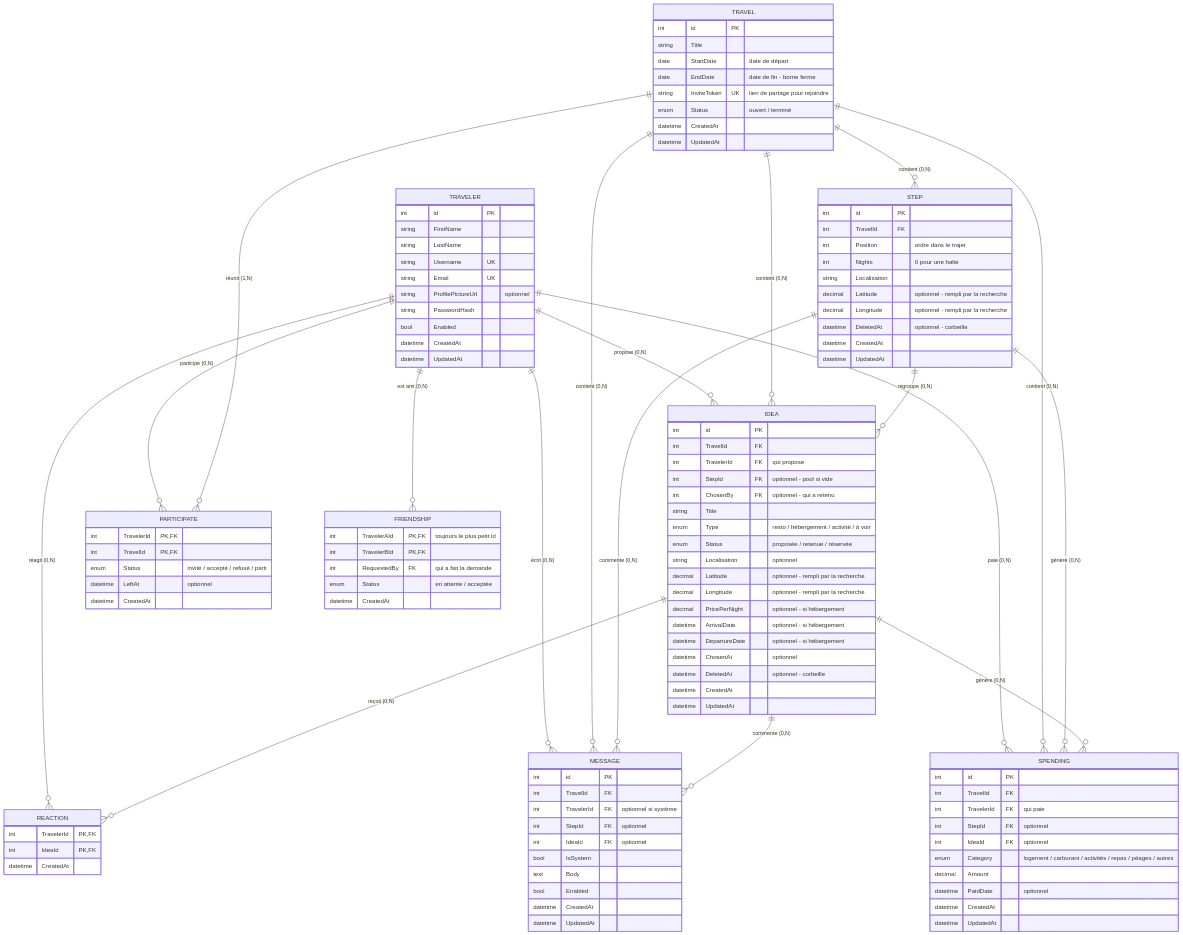
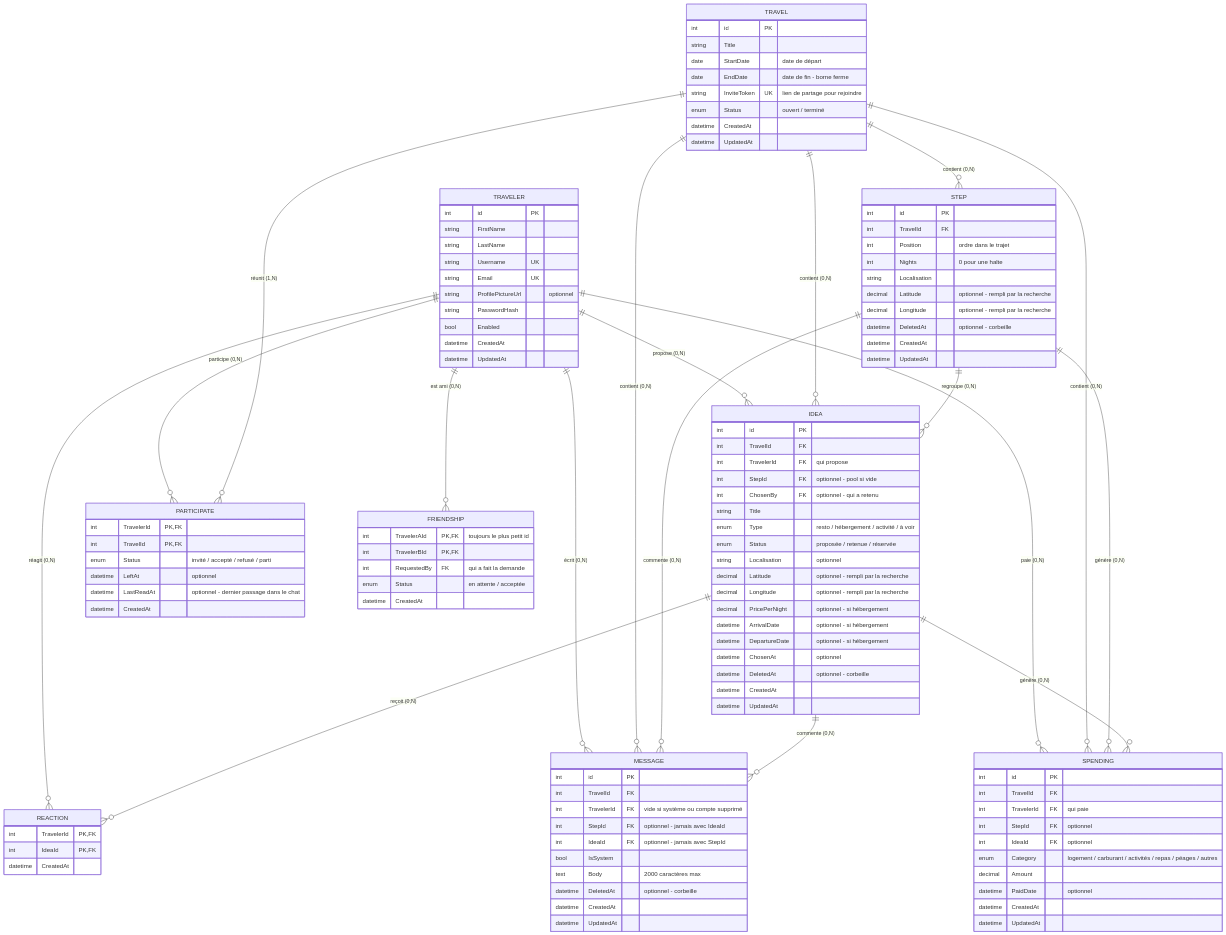
Before and after one commit to Blueton23/Transcendence: the diagram in docs/data-model/model_v4.md, drawn with Mermaid. The commit also changed other lines of this file and 17 other files, not shown here.

```diff
--- a/docs/data-model/model_v4.md
+++ b/docs/data-model/model_v4.md
@@ -110,18 +110,19 @@
         int TravelId PK, FK
         enum Status "invité / accepté / refusé / parti"
         datetime LeftAt "optionnel"
+        datetime LastReadAt "optionnel - dernier passage dans le chat"
         datetime CreatedAt
     }
 
     MESSAGE {
         int id PK
         int TravelId FK
-        int TravelerId FK "optionnel si système"
-        int StepId FK "optionnel"
-        int IdeaId FK "optionnel"
+        int TravelerId FK "vide si système ou compte supprimé"
+        int StepId FK "optionnel - jamais avec IdeaId"
+        int IdeaId FK "optionnel - jamais avec StepId"
         bool IsSystem
-        text Body
-        bool Enabled
+        text Body "2000 caractères max"
+        datetime DeletedAt "optionnel - corbeille"
         datetime CreatedAt
         datetime UpdatedAt
     }
```
